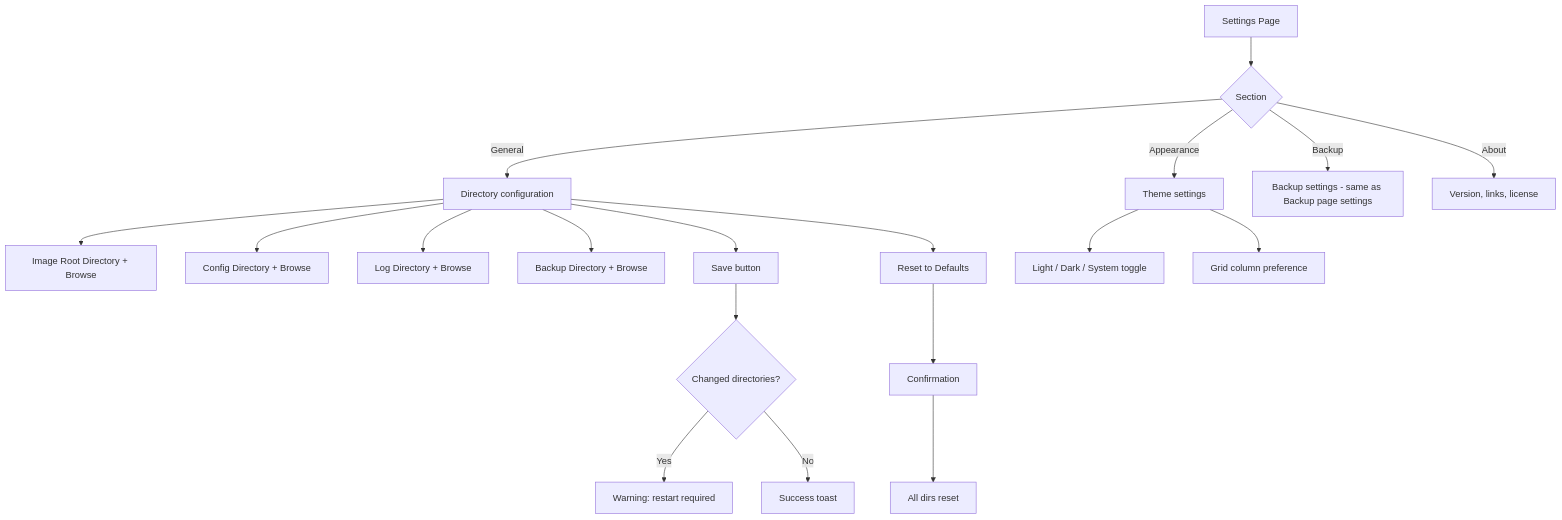
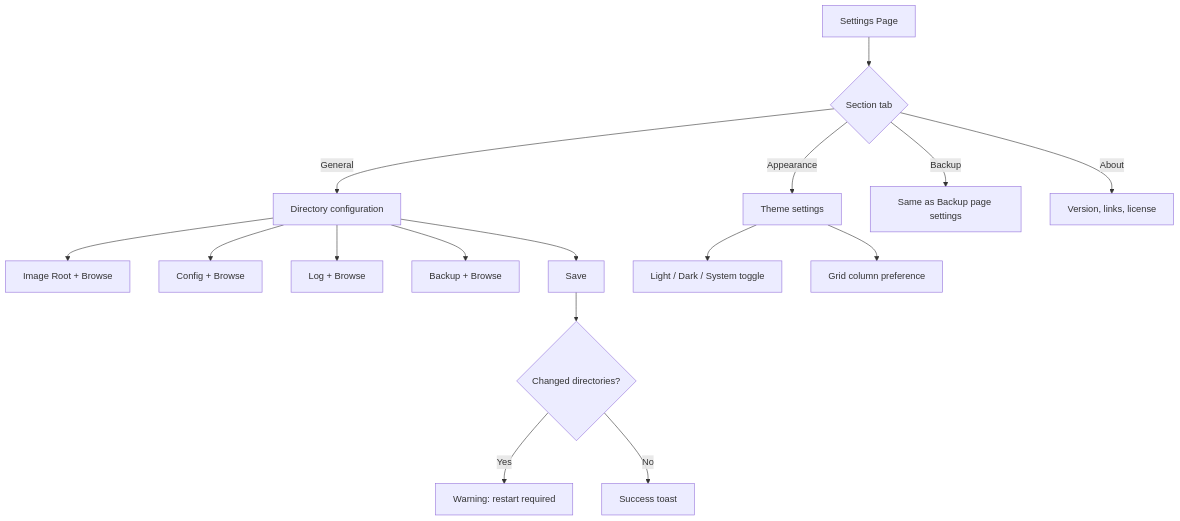
Before and after one commit to michael-freling/anime-image-viewer: the eighth of 8 diagrams in docs/content/ux-redesign/_index.md, drawn with Mermaid. The commit also changed other lines of this file and 55 other files, not shown here.

````diff
--- a/docs/content/ux-redesign/_index.md
+++ b/docs/content/ux-redesign/_index.md
@@ -292,27 +277,23 @@
 ```mermaid
 flowchart TD
-    A[Settings Page] --> B{Section}
+    A[Settings Page] --> B{Section tab}
 
     B -->|General| C[Directory configuration]
-    C --> D[Image Root Directory + Browse]
-    C --> E[Config Directory + Browse]
-    C --> F[Log Directory + Browse]
-    C --> G[Backup Directory + Browse]
+    C --> D[Image Root + Browse]
+    C --> E[Config + Browse]
+    C --> F[Log + Browse]
+    C --> G[Backup + Browse]
 
     B -->|Appearance| H[Theme settings]
     H --> I[Light / Dark / System toggle]
     H --> J[Grid column preference]
 
-    B -->|Backup| K[Backup settings - same as Backup page settings]
+    B -->|Backup| K[Same as Backup page settings]
 
     B -->|About| L[Version, links, license]
 
-    C --> M[Save button]
+    C --> M[Save]
     M --> N{Changed directories?}
     N -->|Yes| O[Warning: restart required]
     N -->|No| P[Success toast]
-
-    C --> Q[Reset to Defaults]
-    Q --> R[Confirmation]
-    R --> S[All dirs reset]
 ```
````
